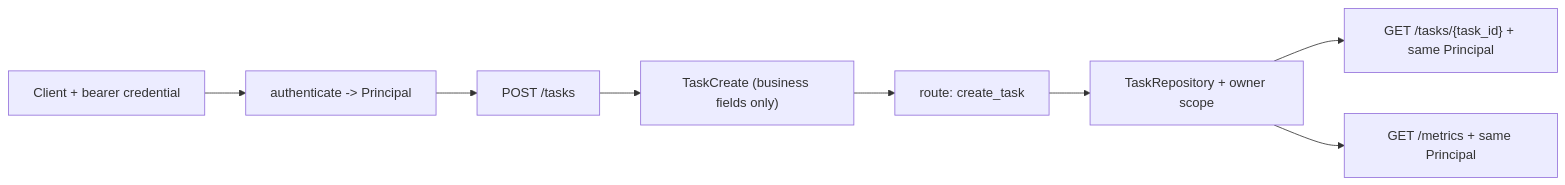
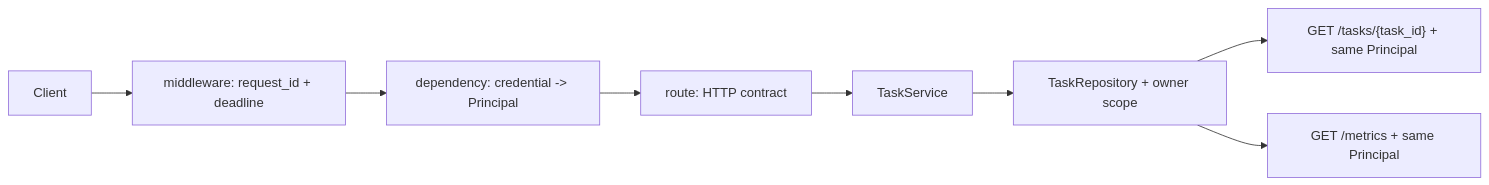
The fourth of 4 diagrams in 10_学习模块/M02_后端API与服务化/M02_后端API与服务化_适配教材.md (mmmmermer/AI-Infra-Learning-Lab), drawn with Mermaid before and after one commit. The commit also changed other lines of this file and 129 other files, not shown here.

````diff
--- a/10_学习模块/M02_后端API与服务化/M02_后端API与服务化_适配教材.md
+++ b/10_学习模块/M02_后端API与服务化/M02_后端API与服务化_适配教材.md
@@ -1232,12 +1278,12 @@
 ```mermaid
 flowchart LR
 accTitle: E02 创建查询与指标链路
-accDescr: bearer 凭据先在服务端映射为 Principal，业务请求经 TaskCreate 校验后按 owner 写入内存 repository，查询和 metrics 使用相同所有权约束。
-  Client["Client + bearer credential"] --> Auth["authenticate -> Principal"]
-  Auth --> Post["POST /tasks"]
-  Post --> Schema["TaskCreate (business fields only)"]
-  Schema --> Route["route: create_task"]
-  Route --> Repo["TaskRepository + owner scope"]
+accDescr: 请求先建立 request context 和服务端 Principal，再经 route、service 按 owner 写入内存 repository，查询和 metrics 使用相同所有权约束。
+  Client --> Middleware["middleware: request_id + deadline"]
+  Middleware --> Auth["dependency: credential -> Principal"]
+  Auth --> Route["route: HTTP contract"]
+  Route --> Service["TaskService"]
+  Service --> Repo["TaskRepository + owner scope"]
   Repo --> Get["GET /tasks/{task_id} + same Principal"]
   Repo --> Metrics["GET /metrics + same Principal"]
 ```
````
